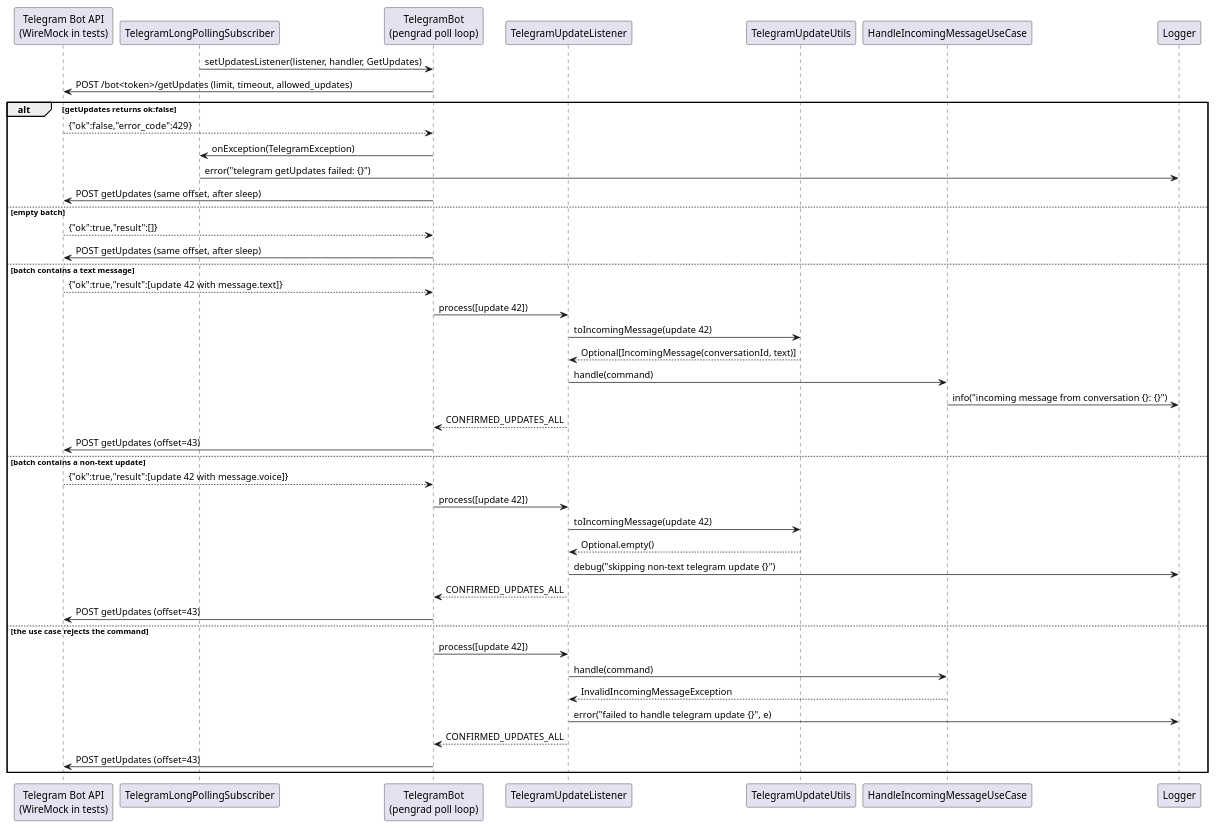
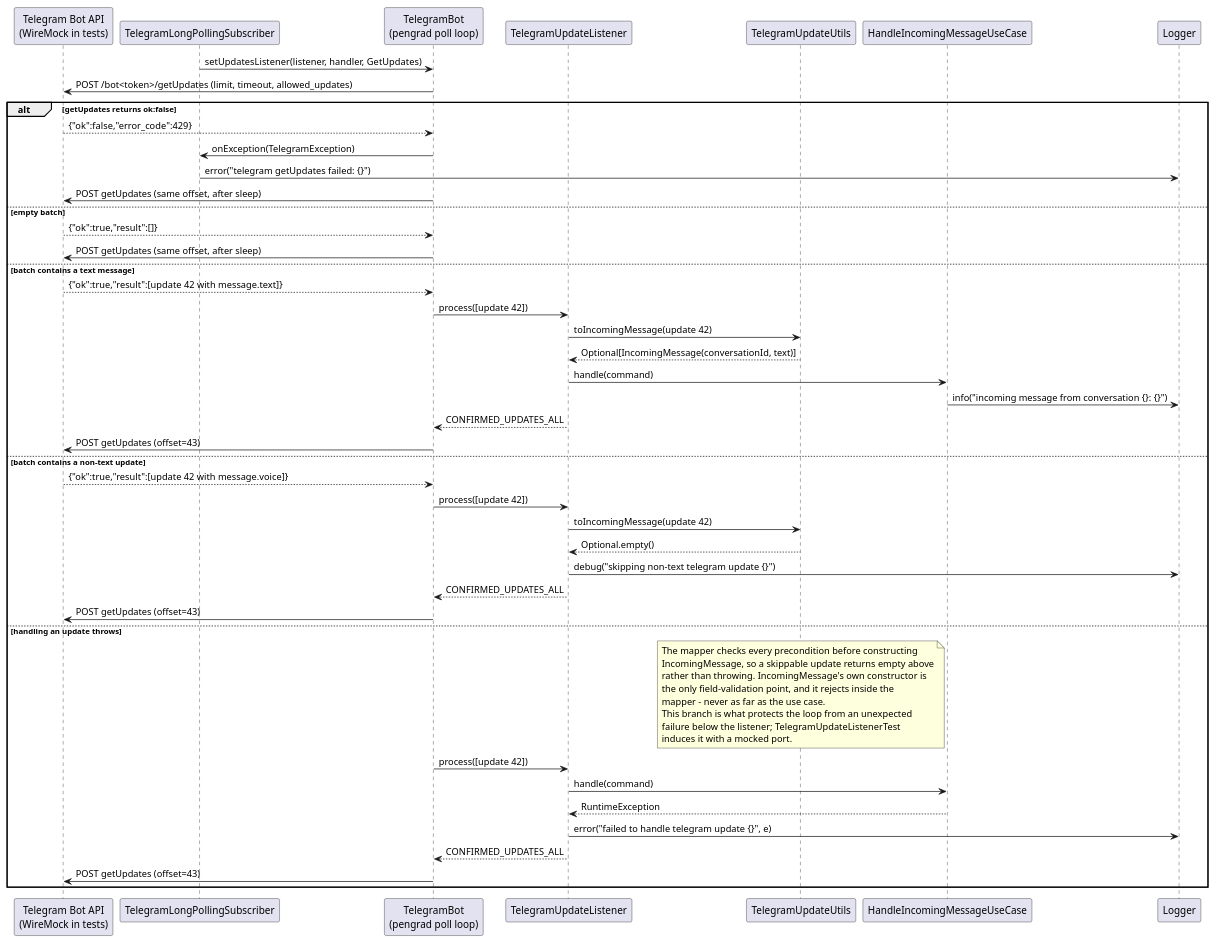
One commit to ds-usova/finance-bot changed the second of 2 diagrams in docs/1-plan-telegram-update-listener.md. Above: the diagram before and after it, drawn with PlantUML. The commit also changed other lines of this file and 22 other files, not shown here.

First line of the commit message:
Feature: Stabilize Telegram long-polling listener interfaces and test infrastructure

````diff
--- a/docs/1-plan-telegram-update-listener.md
+++ b/docs/1-plan-telegram-update-listener.md
@@ -240,48 +244,58 @@
 ```plantuml
 @startuml
 participant "Telegram Bot API\n(WireMock in tests)" as TG
 participant TelegramLongPollingSubscriber as SUB
 participant "TelegramBot\n(pengrad poll loop)" as BOT
 participant TelegramUpdateListener as LIS
 participant TelegramUpdateUtils as UTL
 participant HandleIncomingMessageUseCase as UC
 participant Logger as LOG
 
 SUB -> BOT : setUpdatesListener(listener, handler, GetUpdates)
 BOT -> TG : POST /bot<token>/getUpdates (limit, timeout, allowed_updates)
 
 alt getUpdates returns ok:false
     TG --> BOT : {"ok":false,"error_code":429}
     BOT -> SUB : onException(TelegramException)
     SUB -> LOG : error("telegram getUpdates failed: {}")
     BOT -> TG : POST getUpdates (same offset, after sleep)
 else empty batch
     TG --> BOT : {"ok":true,"result":[]}
     BOT -> TG : POST getUpdates (same offset, after sleep)
 else batch contains a text message
     TG --> BOT : {"ok":true,"result":[update 42 with message.text]}
     BOT -> LIS : process([update 42])
     LIS -> UTL : toIncomingMessage(update 42)
     UTL --> LIS : Optional[IncomingMessage(conversationId, text)]
     LIS -> UC : handle(command)
     UC -> LOG : info("incoming message from conversation {}: {}")
     LIS --> BOT : CONFIRMED_UPDATES_ALL
     BOT -> TG : POST getUpdates (offset=43)
 else batch contains a non-text update
     TG --> BOT : {"ok":true,"result":[update 42 with message.voice]}
     BOT -> LIS : process([update 42])
     LIS -> UTL : toIncomingMessage(update 42)
     UTL --> LIS : Optional.empty()
     LIS -> LOG : debug("skipping non-text telegram update {}")
     LIS --> BOT : CONFIRMED_UPDATES_ALL
     BOT -> TG : POST getUpdates (offset=43)
-else the use case rejects the command
+else handling an update throws
+    note over UTL
+      The mapper checks every precondition before constructing
+      IncomingMessage, so a skippable update returns empty above
+      rather than throwing. IncomingMessage's own constructor is
+      the only field-validation point, and it rejects inside the
+      mapper - never as far as the use case.
+      This branch is what protects the loop from an unexpected
+      failure below the listener; TelegramUpdateListenerTest
+      induces it with a mocked port.
+    end note
     BOT -> LIS : process([update 42])
     LIS -> UC : handle(command)
-    UC --> LIS : InvalidIncomingMessageException
+    UC --> LIS : RuntimeException
     LIS -> LOG : error("failed to handle telegram update {}", e)
     LIS --> BOT : CONFIRMED_UPDATES_ALL
     BOT -> TG : POST getUpdates (offset=43)
 end
 @enduml
 ```
````
